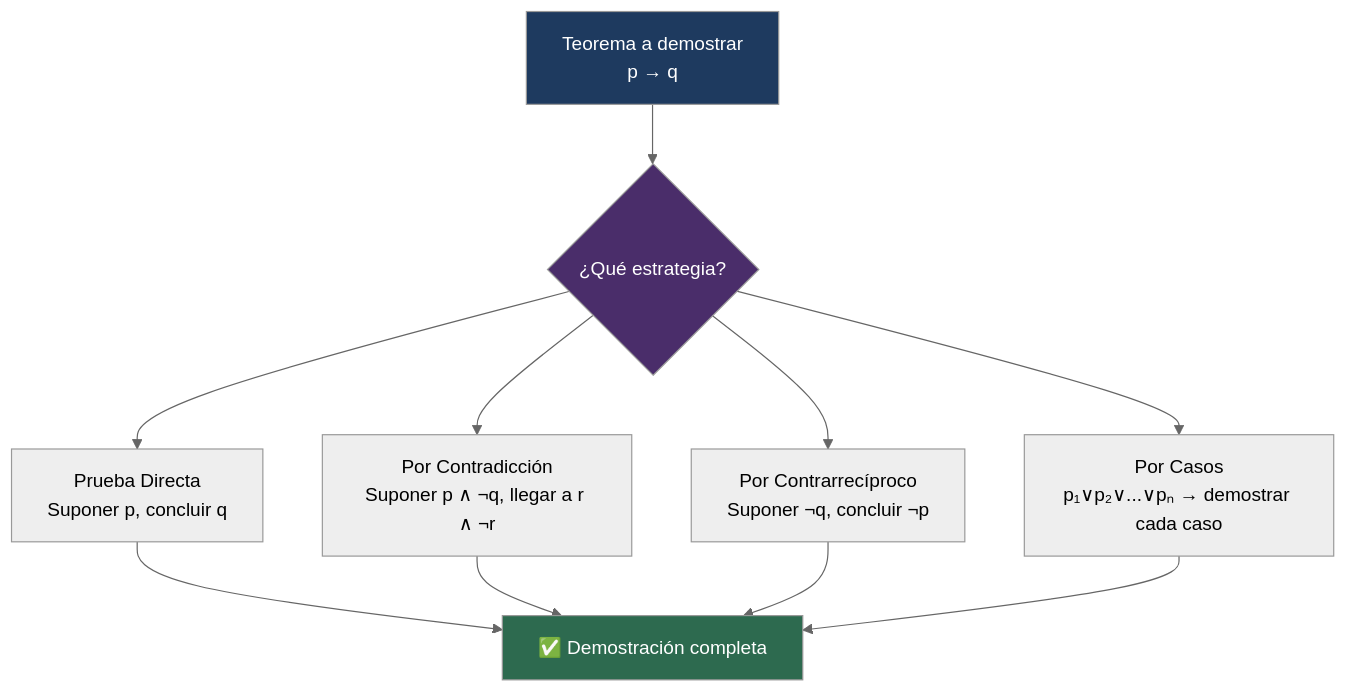
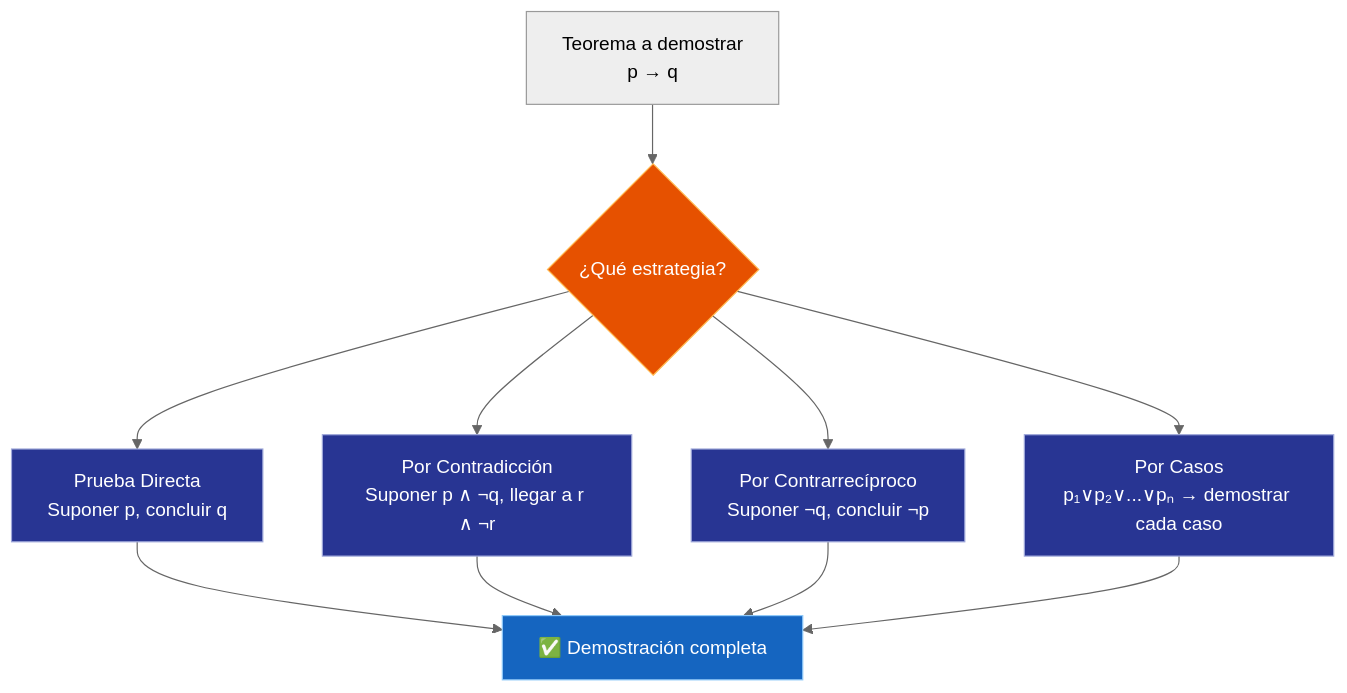
Before and after one commit to Fsteven22/Notas-ESPOL: the diagram in src/site/notes/Universidad/3er Semestre/Matemáticas Discretas/Unidad 1 - Logica y Conjuntos/II - Álgebra Proposicional/03 - Demostraciones.md, drawn with Mermaid (neutral theme). The commit also changed other lines of this file and 79 other files, not shown here.

````diff
--- a/src/site/notes/Universidad/3er Semestre/Matemáticas Discretas/Unidad 1 - Logica y Conjuntos/II - Álgebra Proposicional/03 - Demostraciones.md
+++ b/src/site/notes/Universidad/3er Semestre/Matemáticas Discretas/Unidad 1 - Logica y Conjuntos/II - Álgebra Proposicional/03 - Demostraciones.md
@@ -323,18 +323,21 @@
 ```mermaid
 graph TD
     A[Teorema a demostrar<br/>p → q] --> B{¿Qué estrategia?}
 
     B --> C[Prueba Directa<br/>Suponer p, concluir q]
     B --> D[Por Contradicción<br/>Suponer p ∧ ¬q, llegar a r ∧ ¬r]
     B --> E[Por Contrarrecíproco<br/>Suponer ¬q, concluir ¬p]
     B --> F[Por Casos<br/>p₁∨p₂∨...∨pₙ → demostrar cada caso]
 
     C --> G[✅ Demostración completa]
     D --> G
     E --> G
     F --> G
+    style B fill:#E65100,color:#FFFFFF,stroke:#FFB74D,stroke-width:1px
+    style C fill:#283593,color:#FFFFFF,stroke:#9FA8DA,stroke-width:1px
+    style D fill:#283593,color:#FFFFFF,stroke:#9FA8DA,stroke-width:1px
+    style E fill:#283593,color:#FFFFFF,stroke:#9FA8DA,stroke-width:1px
+    style F fill:#283593,color:#FFFFFF,stroke:#9FA8DA,stroke-width:1px
+    style G fill:#1565C0,color:#FFFFFF,stroke:#90CAF9,stroke-width:1px
 
-    style A fill:#1e3a5f,color:#fff
-    style B fill:#4a2d6a,color:#fff
-    style G fill:#2d6a4f,color:#fff
 ```
````
